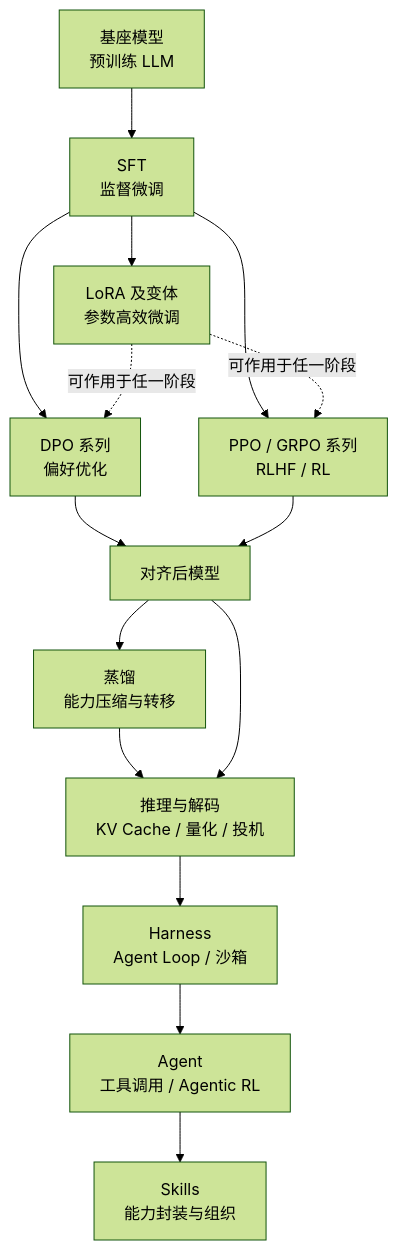
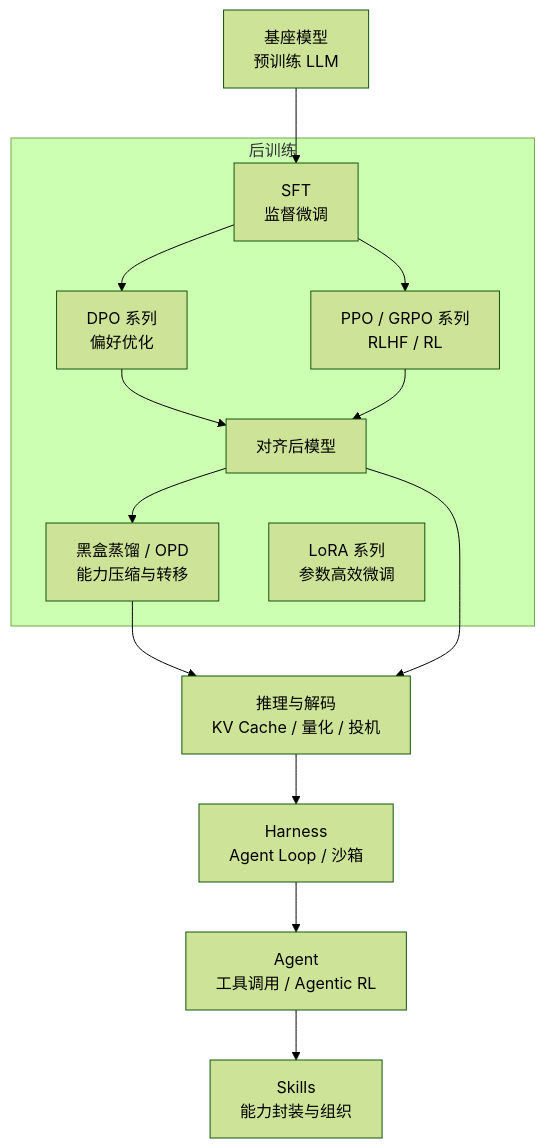
Before and after one commit to zhoujx4/llm-atlas: the diagram in docs/guide/index.md, drawn with Mermaid (forest theme). The commit also changed other lines of this file and 18 other files, not shown here.

First line of the commit message:
docs: 新增「后训练」分组与总览页、OPD 在线蒸馏系列，新增 CISPO 论文页

````diff
--- a/docs/guide/index.md
+++ b/docs/guide/index.md
@@ -15,17 +15,17 @@
 ```mermaid
 flowchart TB
-    BASE[基座模型<br/>预训练 LLM] --> SFT[SFT<br/>监督微调]
-    SFT --> LORA[LoRA 及变体<br/>参数高效微调]
-    SFT --> DPO[DPO 系列<br/>偏好优化]
-    SFT --> PPO[PPO / GRPO 系列<br/>RLHF / RL]
-    LORA -.可作用于任一阶段.-> DPO
-    LORA -.可作用于任一阶段.-> PPO
-    DPO --> ALIGNED[对齐后模型]
-    PPO --> ALIGNED
-    ALIGNED --> DISTILL[蒸馏<br/>能力压缩与转移]
+    BASE[基座模型<br/>预训练 LLM] --> SFT
+    subgraph POST[后训练]
+        SFT[SFT<br/>监督微调] --> DPO[DPO 系列<br/>偏好优化]
+        SFT --> PPO[PPO / GRPO 系列<br/>RLHF / RL]
+        DPO --> ALIGNED[对齐后模型]
+        PPO --> ALIGNED
+        ALIGNED --> DISTILL[黑盒蒸馏 / OPD<br/>能力压缩与转移]
+        LORA[LoRA 系列<br/>参数高效微调]
+    end
     DISTILL --> INFER[推理与解码<br/>KV Cache / 量化 / 投机]
     ALIGNED --> INFER
     INFER --> HARNESS[Harness<br/>Agent Loop / 沙箱]
     HARNESS --> AGENT[Agent<br/>工具调用 / Agentic RL]
     AGENT --> SKILLS[Skills<br/>能力封装与组织]
 ```
````
